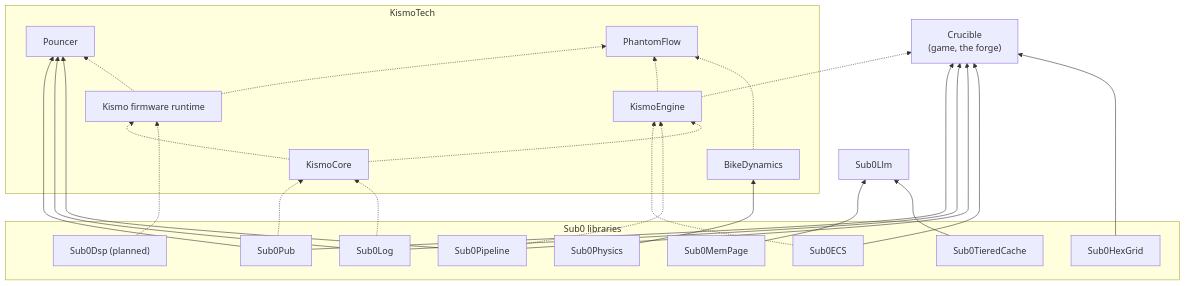
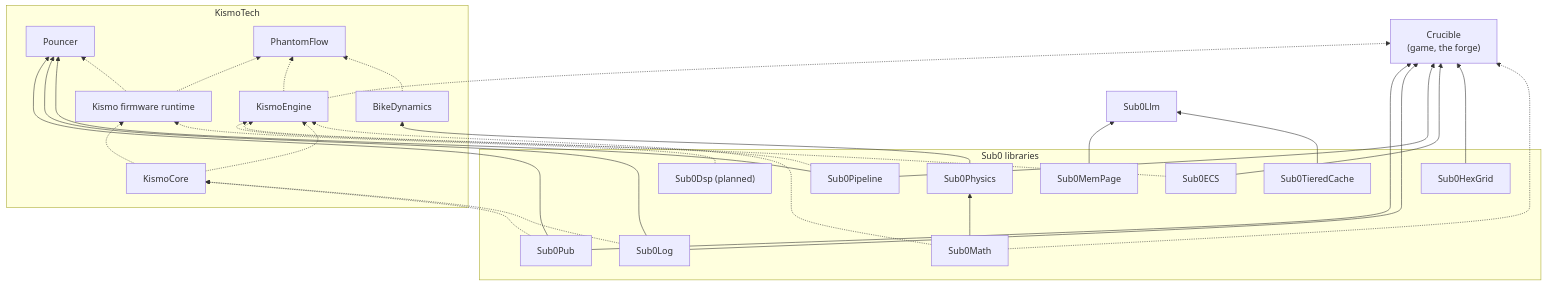
One commit to CraigHutchinson/.github changed the diagram in docs/users.md. Above: the diagram before and after it, drawn with Mermaid. The commit also changed 3 other files, not shown here.

Commit message:
ADR 0001 accepted: Sub0Math live; float default, exact-ratio units, shared tooling, CPM 0.43.2

````diff
--- a/docs/users.md
+++ b/docs/users.md
@@ -6,50 +6,54 @@
 ```mermaid
 flowchart BT
   subgraph sub0["Sub0 libraries"]
     Pub[Sub0Pub]
     Log[Sub0Log]
     Pipe[Sub0Pipeline]
     ECS[Sub0ECS]
     Hex[Sub0HexGrid]
     Mem[Sub0MemPage]
     Cache[Sub0TieredCache]
     Dsp["Sub0Dsp (planned)"]
     Phys[Sub0Physics]
+    Math[Sub0Math]
   end
 
   Llm[Sub0Llm]
   Crucible["Crucible<br/>(game, the forge)"]
 
   subgraph kismo["KismoTech"]
     Core[KismoCore]
     Engine[KismoEngine]
     Fw["Kismo firmware runtime"]
     Pouncer[Pouncer]
     BikeDyn[BikeDynamics]
     PF[PhantomFlow]
   end
 
   Mem --> Llm
   Cache --> Llm
   Pub --> Crucible
   Log --> Crucible
   Pipe --> Crucible
   ECS --> Crucible
   Hex --> Crucible
   Pub --> Pouncer
   Log --> Pouncer
   Pipe --> Pouncer
   Pub -.-> Core
   Log -.-> Core
   ECS -.-> Engine
   Pipe -.-> Engine
   Core -.-> Engine
   Core -.-> Fw
   Dsp -.-> Fw
   Fw -.-> Pouncer
   Fw -.-> PF
   Engine -.-> PF
   Engine -.-> Crucible
+  Math --> Phys
   Phys --> BikeDyn
+  Math -.-> Engine
+  Math -.-> Crucible
   BikeDyn -.-> PF
 ```
````
